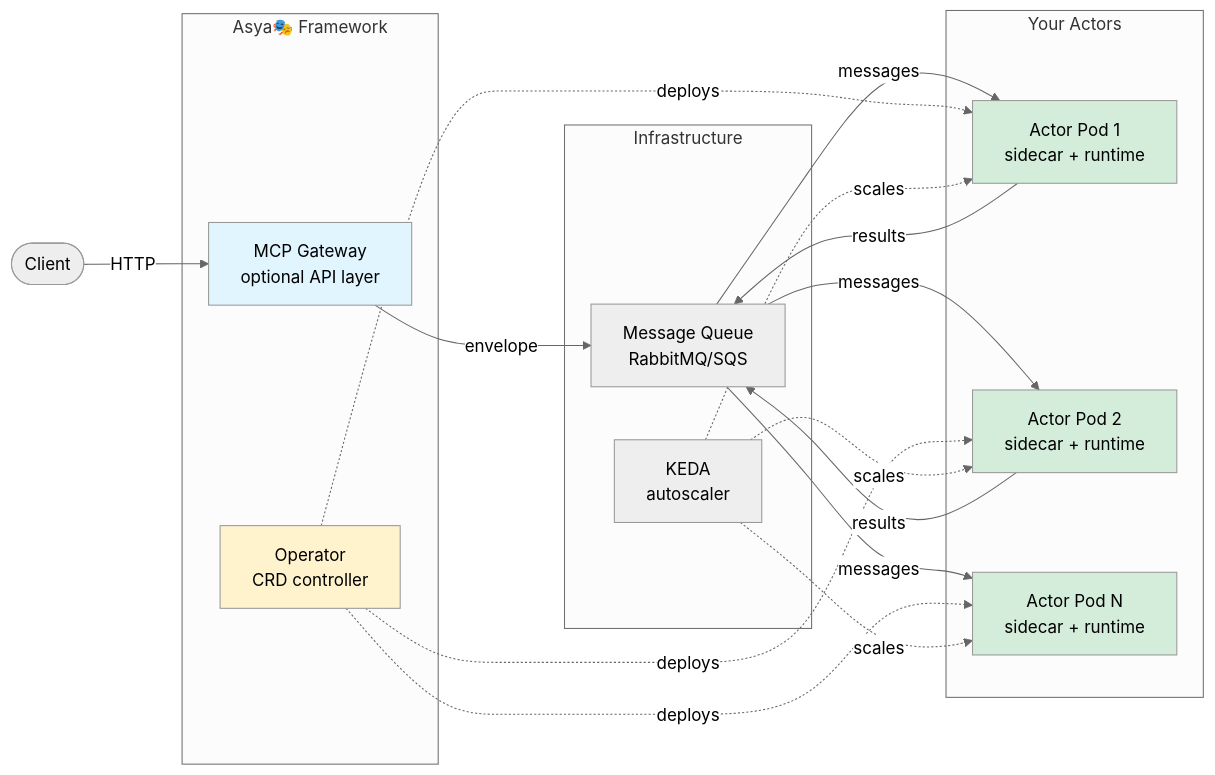
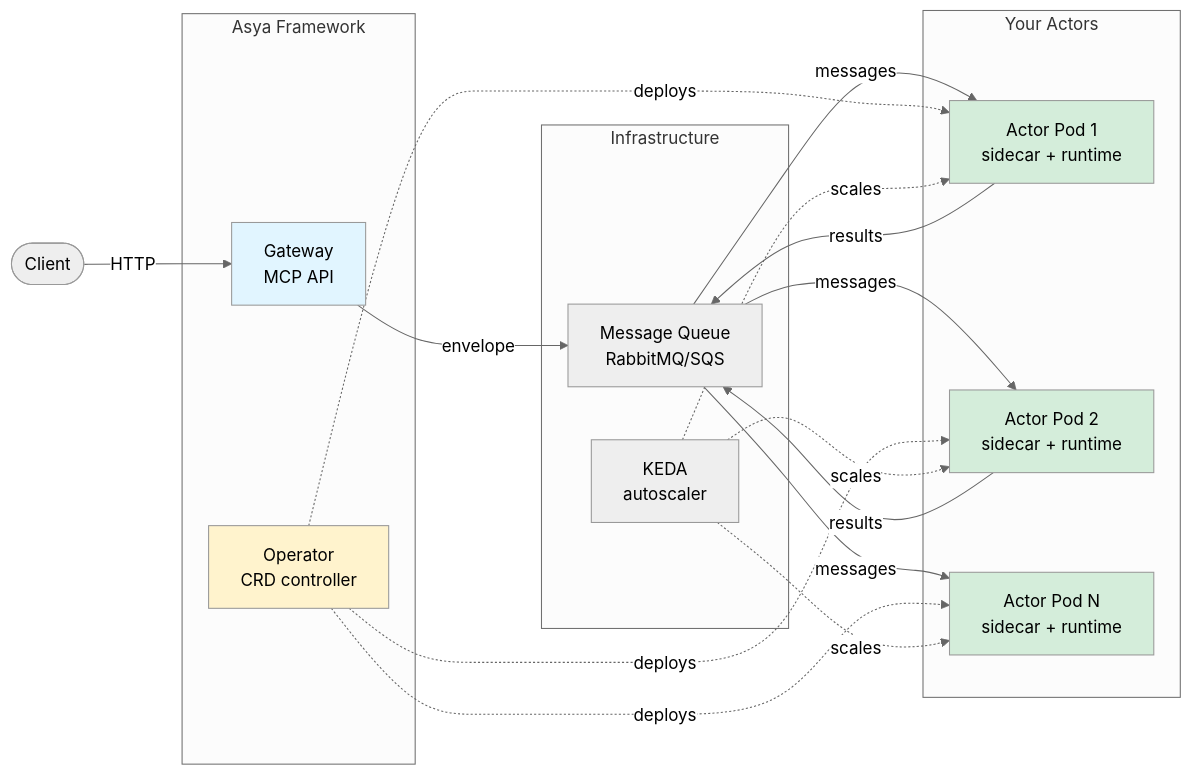
The diagram in README.md (deliveryhero/asya), drawn with Mermaid (neutral theme) before and after one commit. The commit also changed other lines of this file and 1 other file, not shown here.

````diff
--- a/README.md
+++ b/README.md
@@ -279,41 +186,41 @@
 ```mermaid
 graph LR
     Client([Client])
 
-    subgraph "Asya🎭 Framework"
-        Gateway[MCP Gateway<br/>optional API layer]
+    subgraph "Asya Framework"
+        Gateway[Gateway<br/>MCP API]
         Operator[Operator<br/>CRD controller]
     end
 
     subgraph "Your Actors"
         A1[Actor Pod 1<br/>sidecar + runtime]
         A2[Actor Pod 2<br/>sidecar + runtime]
         A3[Actor Pod N<br/>sidecar + runtime]
     end
 
     subgraph "Infrastructure"
         MQ[Message Queue<br/>RabbitMQ/SQS]
         KEDA[KEDA<br/>autoscaler]
     end
 
     Client -->|HTTP| Gateway
     Gateway -->|envelope| MQ
     MQ -->|messages| A1
     A1 -->|results| MQ
     MQ -->|messages| A2
     A2 -->|results| MQ
     MQ -->|messages| A3
 
     Operator -.->|deploys| A1
     Operator -.->|deploys| A2
     Operator -.->|deploys| A3
     KEDA -.->|scales| A1
     KEDA -.->|scales| A2
     KEDA -.->|scales| A3
 
     style Gateway fill:#e1f5ff
     style Operator fill:#fff3cd
     style A1 fill:#d4edda
     style A2 fill:#d4edda
     style A3 fill:#d4edda
 ```
````
